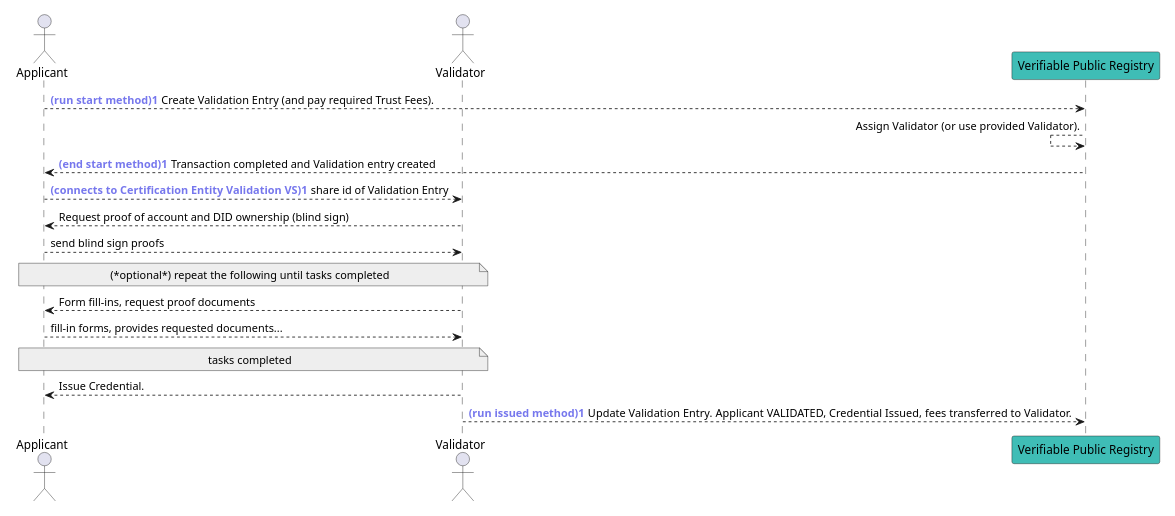
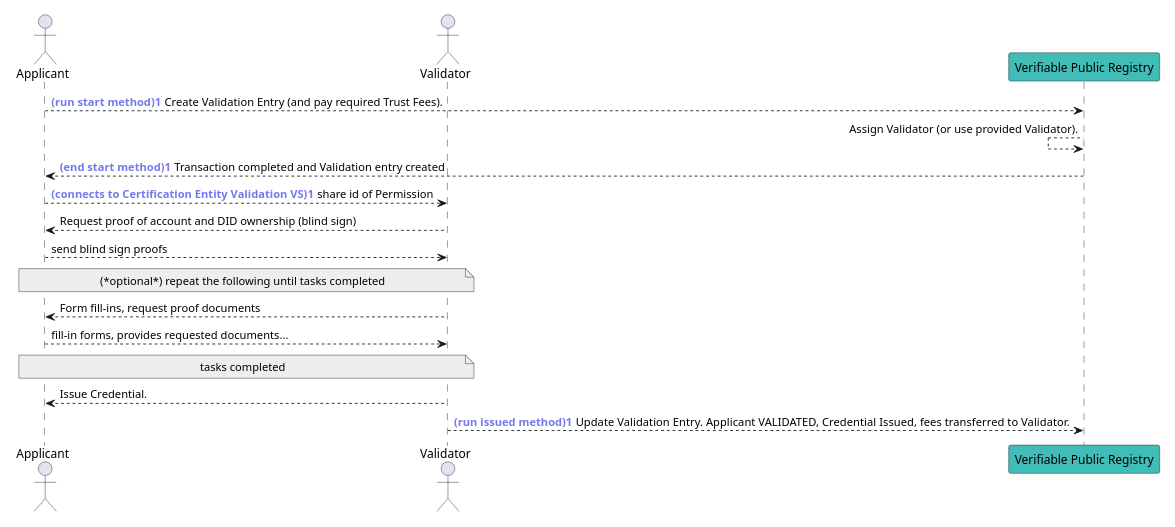
Before and after one commit to verana-labs/verifiable-trust-vpr-spec: diagram 12 of 13 in spec.md, drawn with PlantUML. The commit also changed other lines of this file and 1 other file, not shown here.

````diff
--- a/spec.md
+++ b/spec.md
@@ -3048,27 +3007,27 @@
 ```plantuml
 scale max 800 width
 actor "Applicant" as Applicant 
 actor "Validator" as CE
 participant "Verifiable Public Registry" as VPR #3fbdb6
 autonumber "<font color='#7677ed'><b>(run start method)"
 Applicant --> VPR #3fbdb6: Create Validation Entry (and pay required Trust Fees).
 autonumber stop
 VPR <-- VPR: Assign Validator (or use provided Validator).
 autonumber "<font color='#7677ed'><b>(end start method)"
 Applicant <-- VPR: Transaction completed and Validation entry created
 autonumber stop
 autonumber "<font color='#7677ed'><b>(connects to Certification Entity Validation VS)"
-Applicant --> CE: share id of Validation Entry
+Applicant --> CE: share id of Permission
 autonumber stop
 Applicant <-- CE: Request proof of account and DID ownership (blind sign)
 Applicant --> CE: send blind sign proofs 
 note over Applicant, CE #EEEEEE: (*optional*) repeat the following until tasks completed
 Applicant <-- CE: Form fill-ins, request proof documents
 Applicant --> CE: fill-in forms, provides requested documents...
 note over Applicant, CE #EEEEEE: tasks completed
 autonumber stop
 CE --> Applicant #3fbdb6: Issue Credential.
 autonumber "<font color='#7677ed'><b>(run issued method)"
 CE --> VPR #3fbdb6: Update Validation Entry. Applicant VALIDATED, Credential Issued, fees transferred to Validator.
 autonumber stop
 ```
````
